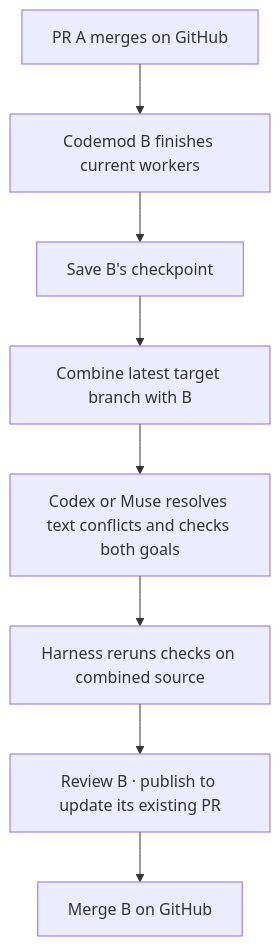
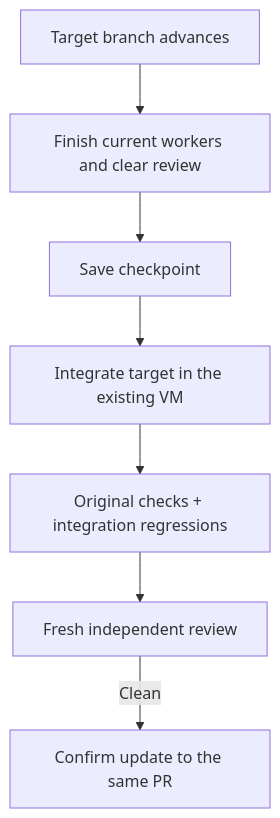
The diagram in docs/git-workflow.md (minimumeffort-dev/sprowt.harness), drawn with Mermaid before and after one commit. The commit also changed other lines of this file and 17 other files, not shown here.

````diff
--- a/docs/git-workflow.md
+++ b/docs/git-workflow.md
@@ -59,10 +49,9 @@
 ```mermaid
 flowchart TB
-    merged["PR A merges on GitHub"] --> wait["Codemod B finishes current workers"]
-    wait --> checkpoint["Save B's checkpoint"]
-    checkpoint --> combine["Combine latest target branch with B"]
-    combine --> worker["Codex or Muse resolves text conflicts and checks both goals"]
-    worker --> checks["Harness reruns checks on combined source"]
-    checks --> ready["Review B · publish to update its existing PR"]
-    ready --> merge["Merge B on GitHub"]
+    target["Target branch advances"] --> wait["Finish current workers and clear review"]
+    wait --> checkpoint["Save checkpoint"]
+    checkpoint --> integrate["Integrate target in the existing VM"]
+    integrate --> checks["Original checks + integration regressions"]
+    checks --> review["Fresh independent review"]
+    review -->|"Clean"| publish["Confirm update to the same PR"]
 ```
````
